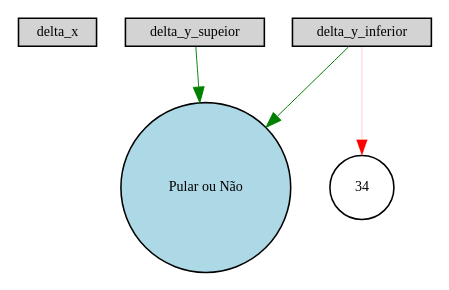
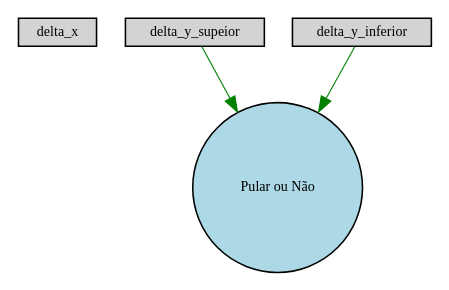
The diagram in Digraph.gv (MarcosEduard0/Flappy-Bird-AG), drawn with Graphviz before and after one commit. The commit also changed 5 other files, not shown here.

```diff
--- a/Digraph.gv
+++ b/Digraph.gv
@@ -1,11 +1,9 @@
 digraph {
 	node [fontsize=9 height=0.2 shape=circle width=0.2]
 	delta_x [fillcolor=lightgray shape=box style=filled]
 	delta_y_supeior [fillcolor=lightgray shape=box style=filled]
 	delta_y_inferior [fillcolor=lightgray shape=box style=filled]
 	"Pular ou Não" [fillcolor=lightblue style=filled]
-	34 [fillcolor=white style=filled]
-	delta_y_supeior -> "Pular ou Não" [color=green penwidth=0.6063439300460751 style=solid]
-	delta_y_inferior -> "Pular ou Não" [color=green penwidth=0.6271502521022765 style=solid]
-	delta_y_inferior -> 34 [color=red penwidth=0.12571357224939222 style=solid]
+	delta_y_supeior -> "Pular ou Não" [color=green penwidth=0.7188431143589122 style=solid]
+	delta_y_inferior -> "Pular ou Não" [color=green penwidth=0.7014655441485449 style=solid]
 }
```
